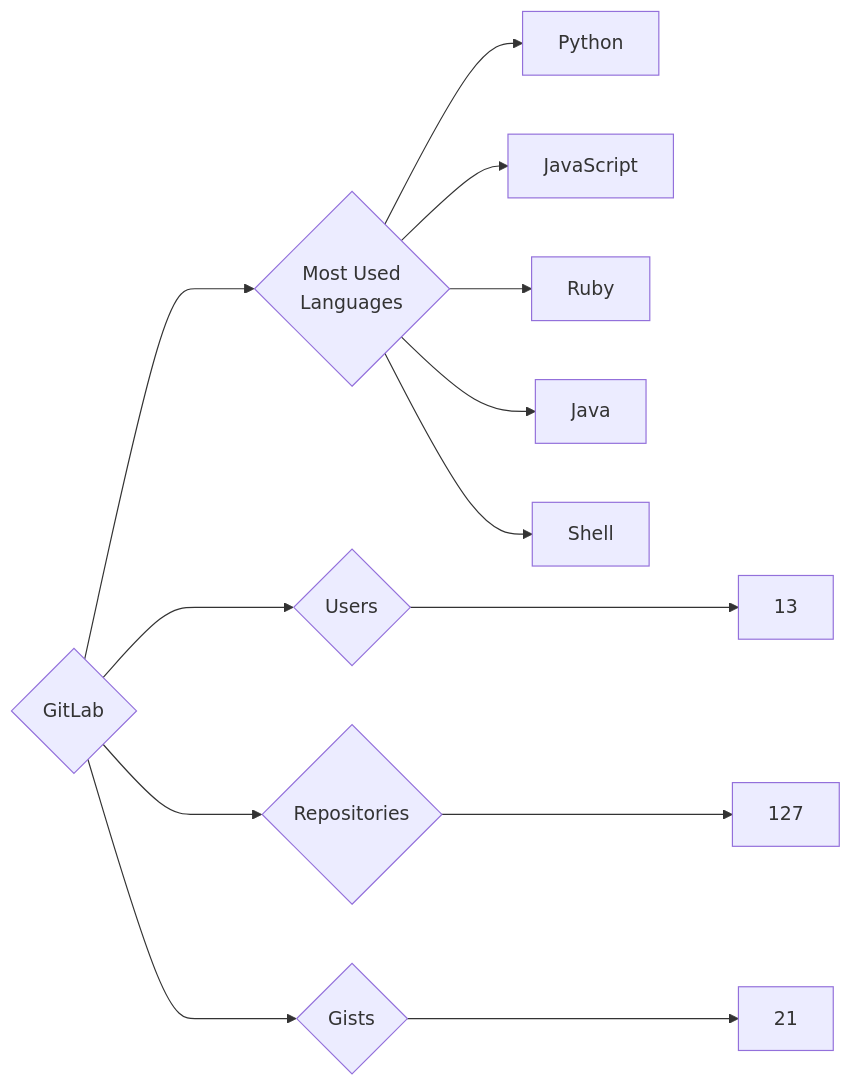
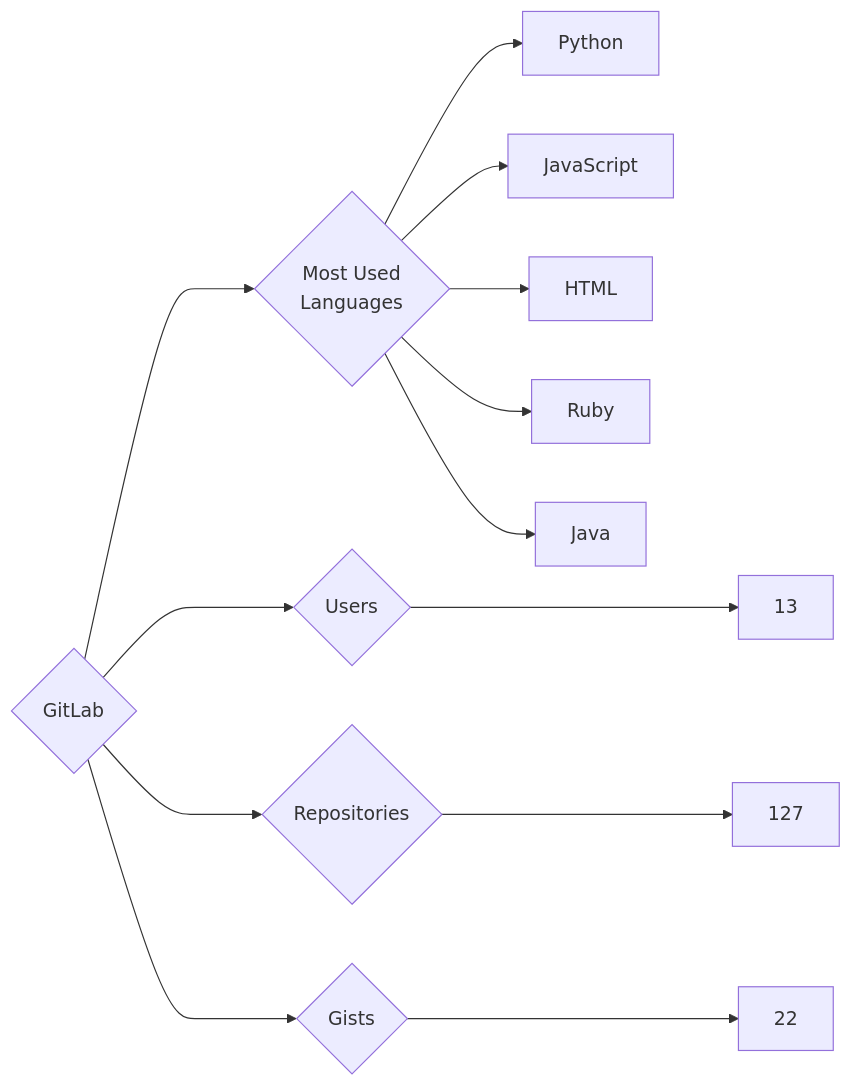
One commit to trickest/insiders changed the diagram in targets/GitLab/README.md. Above: the diagram before and after it, drawn with Mermaid. The commit also changed 644 other files, not shown here.

````diff
--- a/targets/GitLab/README.md
+++ b/targets/GitLab/README.md
@@ -3,13 +3,13 @@
 ```mermaid
 graph LR
 COMPANY_NAME{GitLab}
 COMPANY_NAME ---> U{Users} ---> UN[13]
 COMPANY_NAME ---> R{Repositories} ---> RN[127]
-COMPANY_NAME ---> G{Gists} ---> GN[21]
+COMPANY_NAME ---> G{Gists} ---> GN[22]
 COMPANY_NAME ---> ML{Most Used<br>Languages}
 ML --> Python[Python]
 ML --> JavaScript[JavaScript]
+ML --> HTML[HTML]
 ML --> Ruby[Ruby]
 ML --> Java[Java]
-ML --> Shell[Shell]
 ```
````
